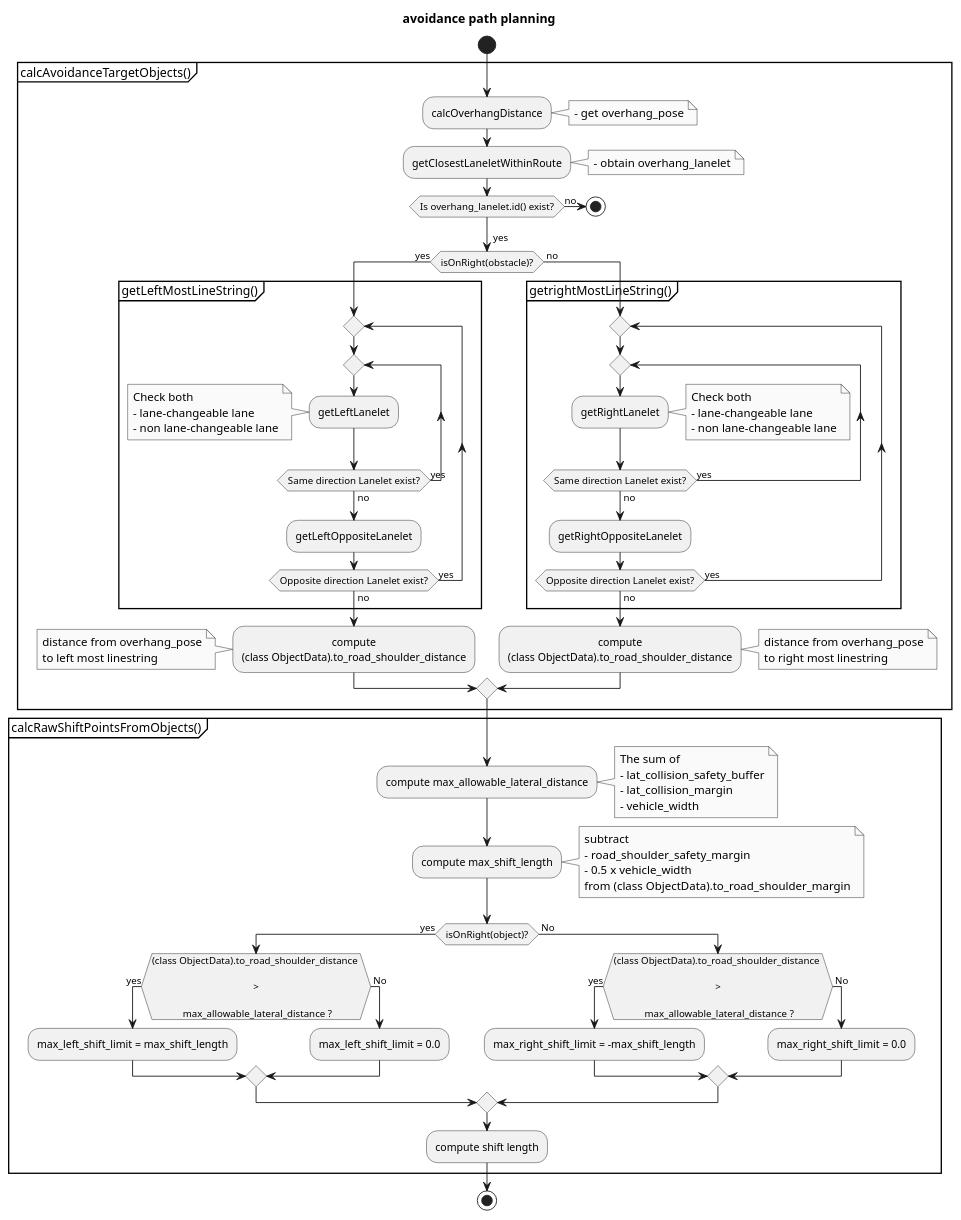
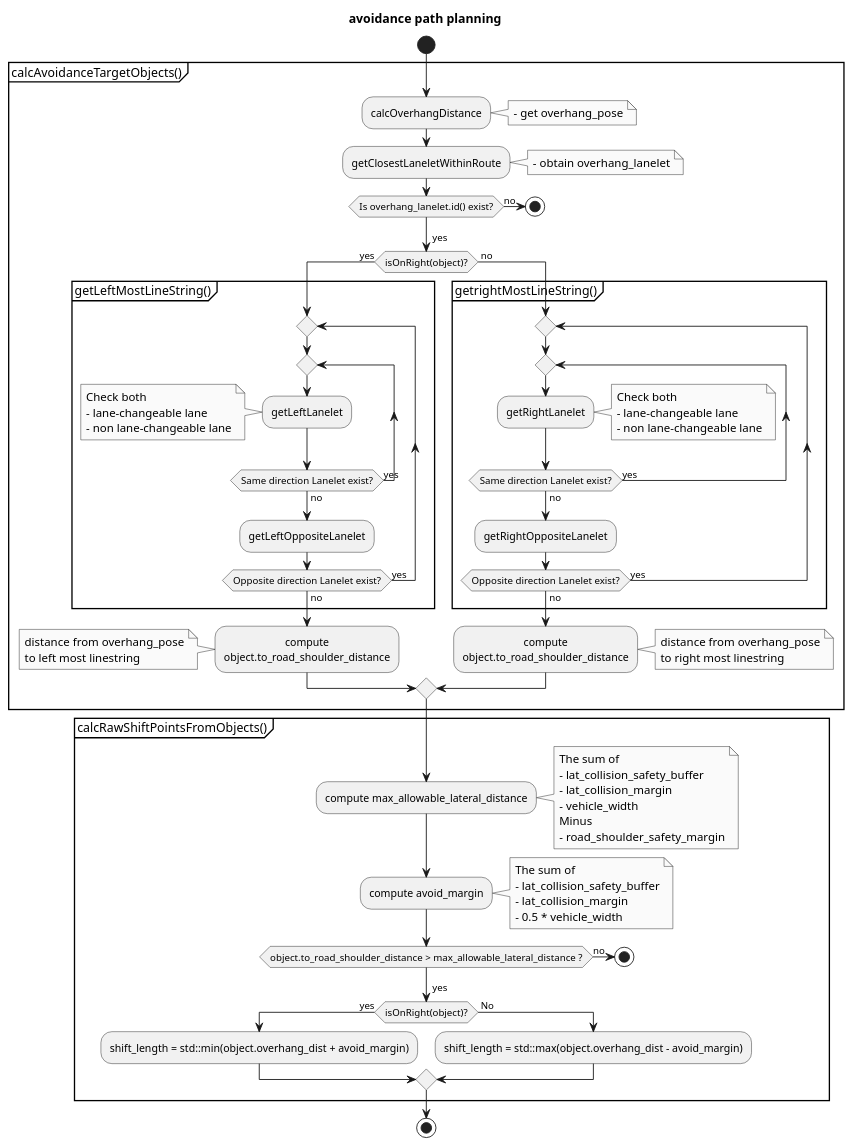
The second of 2 diagrams in planning/behavior_path_planner/behavior_path_planner_avoidance-design.md (autowarefoundation/autoware), drawn with PlantUML before and after one commit. The commit also changed other lines of this file and 13 other files, not shown here.

```diff
--- a/planning/behavior_path_planner/behavior_path_planner_avoidance-design.md
+++ b/planning/behavior_path_planner/behavior_path_planner_avoidance-design.md
@@ -302,7 +286,7 @@
 stop
 else (\n yes)
 
-if(isOnRight(obstacle)?) then (yes)
+if(isOnRight(object)?) then (yes)
 partition getLeftMostLineString() {
 repeat
 repeat
@@ -316,7 +300,7 @@
 :getLeftOppositeLanelet;
 repeat while (Opposite direction Lanelet exist?) is (yes) not (no)
 }
-:compute\n(class ObjectData).to_road_shoulder_distance;
+:compute\nobject.to_road_shoulder_distance;
 note left
 distance from overhang_pose
 to left most linestring
@@ -335,7 +319,7 @@
 :getRightOppositeLanelet;
 repeat while (Opposite direction Lanelet exist?) is (yes) not (no)
 }
-:compute\n(class ObjectData).to_road_shoulder_distance;
+:compute\nobject.to_road_shoulder_distance;
 note right
 distance from overhang_pose
 to right most linestring
@@ -351,28 +335,25 @@
 - lat_collision_safety_buffer
 - lat_collision_margin
 - vehicle_width
+Minus
+- road_shoulder_safety_margin
 end note
-:compute max_shift_length;
+:compute avoid_margin;
 note right
-subtract
-- road_shoulder_safety_margin
-- 0.5 x vehicle_width
-from (class ObjectData).to_road_shoulder_margin
+The sum of
+- lat_collision_safety_buffer
+- lat_collision_margin
+- 0.5 * vehicle_width
 end note
+if(object.to_road_shoulder_distance > max_allowable_lateral_distance ?) then (no)
+stop
+else (\n yes)
 if(isOnRight(object)?) then (yes)
-if((class ObjectData).to_road_shoulder_distance \n\l>\l\n max_allowable_lateral_distance ?) then (yes)
-:max_left_shift_limit = max_shift_length;
+:shift_length = std::min(object.overhang_dist + avoid_margin);
 else (\n No)
-:max_left_shift_limit = 0.0;
-endif
-else (\n No)
-if((class ObjectData).to_road_shoulder_distance \n\l>\l\n max_allowable_lateral_distance ?) then (yes)
-:max_right_shift_limit = -max_shift_length;
-else (\n No)
-:max_right_shift_limit = 0.0;
+:shift_length = std::max(object.overhang_dist - avoid_margin);
 endif
 endif
-:compute shift length;
 }
 stop
 @enduml
```
